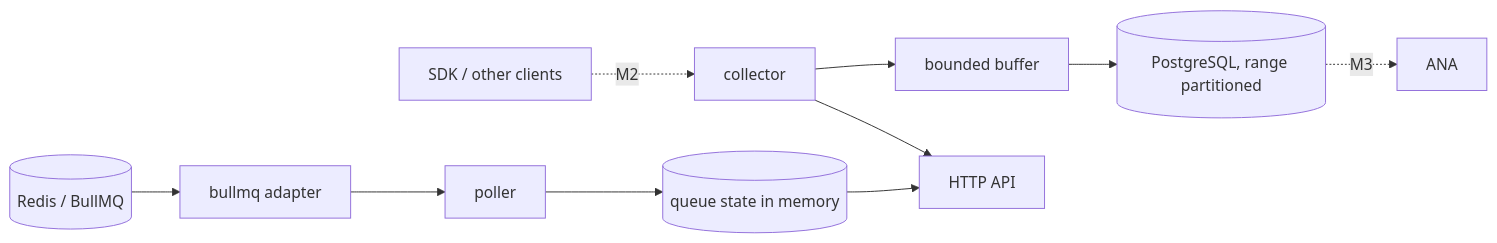
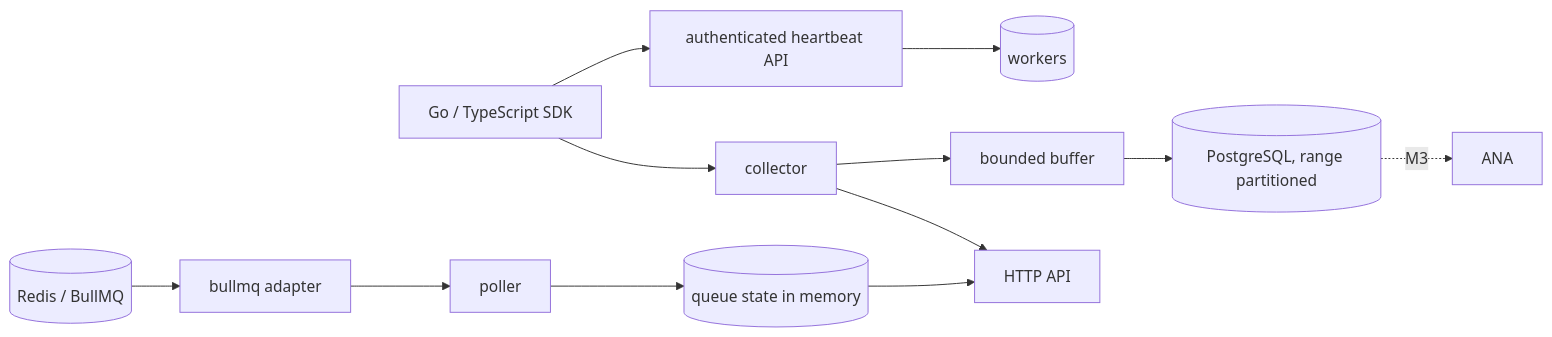
One commit to Shellghostt/QueueLens changed the second of 2 diagrams in docs/ARCHITECTURE.md. Above: the diagram before and after it, drawn with Mermaid. The commit also changed other lines of this file and 40 other files, not shown here.

````diff
--- a/docs/ARCHITECTURE.md
+++ b/docs/ARCHITECTURE.md
@@ -32,12 +33,14 @@
 ```mermaid
 flowchart LR
     BULL[(Redis / BullMQ)] --> ADP[bullmq adapter]
     ADP --> POL[poller]
     POL --> QV[(queue state in memory)]
-    SDK[SDK / other clients] -.->|M2| COL[collector]
+    SDK[Go / TypeScript SDK] --> COL[collector]
+    SDK --> HB[authenticated heartbeat API]
+    HB --> WK[(workers)]
     COL --> BUF[bounded buffer]
     BUF --> PG[(PostgreSQL, range partitioned)]
     QV --> API[HTTP API]
     COL --> API
     PG -.->|M3| ANA
 ```
````
